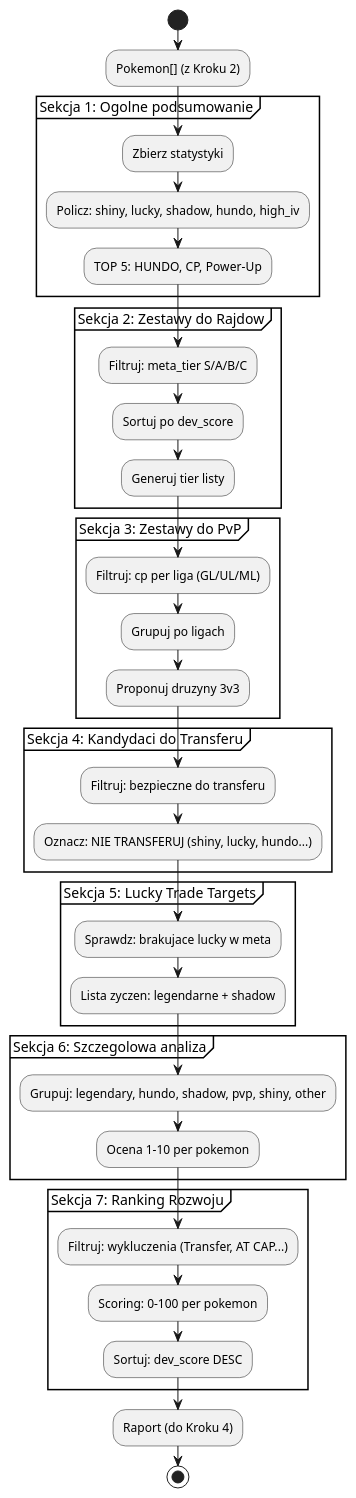
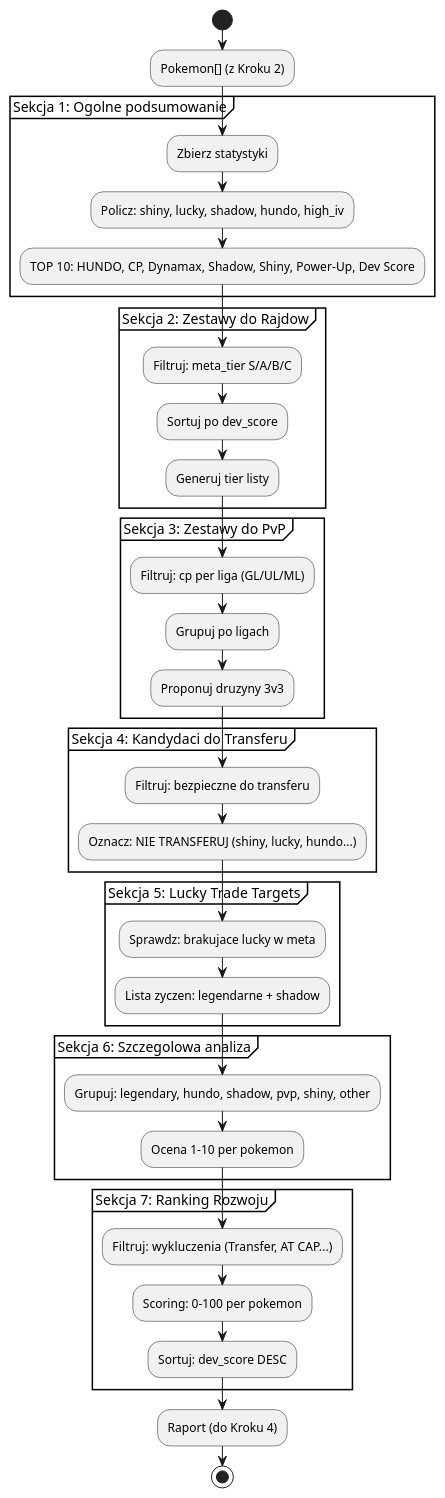
One commit to Adzikus/pokemon-go-analizer changed the fourth of 11 diagrams in docs/05-analiza.md. Above: the diagram before and after it, drawn with PlantUML. The commit also changed other lines of this file and 2 other files, not shown here.

````diff
--- a/docs/05-analiza.md
+++ b/docs/05-analiza.md
@@ -796,52 +796,52 @@
 ```plantuml
 @startuml
 
 start
 
 :Pokemon[] (z Kroku 2);
 
 partition "Sekcja 1: Ogolne podsumowanie" {
     :Zbierz statystyki;
     :Policz: shiny, lucky, shadow, hundo, high_iv;
-    :TOP 5: HUNDO, CP, Power-Up;
+    :TOP 10: HUNDO, CP, Dynamax, Shadow, Shiny, Power-Up, Dev Score;
 }
 
 partition "Sekcja 2: Zestawy do Rajdow" {
     :Filtruj: meta_tier S/A/B/C;
     :Sortuj po dev_score;
     :Generuj tier listy;
 }
 
 partition "Sekcja 3: Zestawy do PvP" {
     :Filtruj: cp per liga (GL/UL/ML);
     :Grupuj po ligach;
     :Proponuj druzyny 3v3;
 }
 
 partition "Sekcja 4: Kandydaci do Transferu" {
     :Filtruj: bezpieczne do transferu;
     :Oznacz: NIE TRANSFERUJ (shiny, lucky, hundo...);
 }
 
 partition "Sekcja 5: Lucky Trade Targets" {
     :Sprawdz: brakujace lucky w meta;
     :Lista zyczen: legendarne + shadow;
 }
 
 partition "Sekcja 6: Szczegolowa analiza" {
     :Grupuj: legendary, hundo, shadow, pvp, shiny, other;
     :Ocena 1-10 per pokemon;
 }
 
 partition "Sekcja 7: Ranking Rozwoju" {
     :Filtruj: wykluczenia (Transfer, AT CAP...);
     :Scoring: 0-100 per pokemon;
     :Sortuj: dev_score DESC;
 }
 
 :Raport (do Kroku 4);
 
 stop
 
 @enduml
 ```
````
